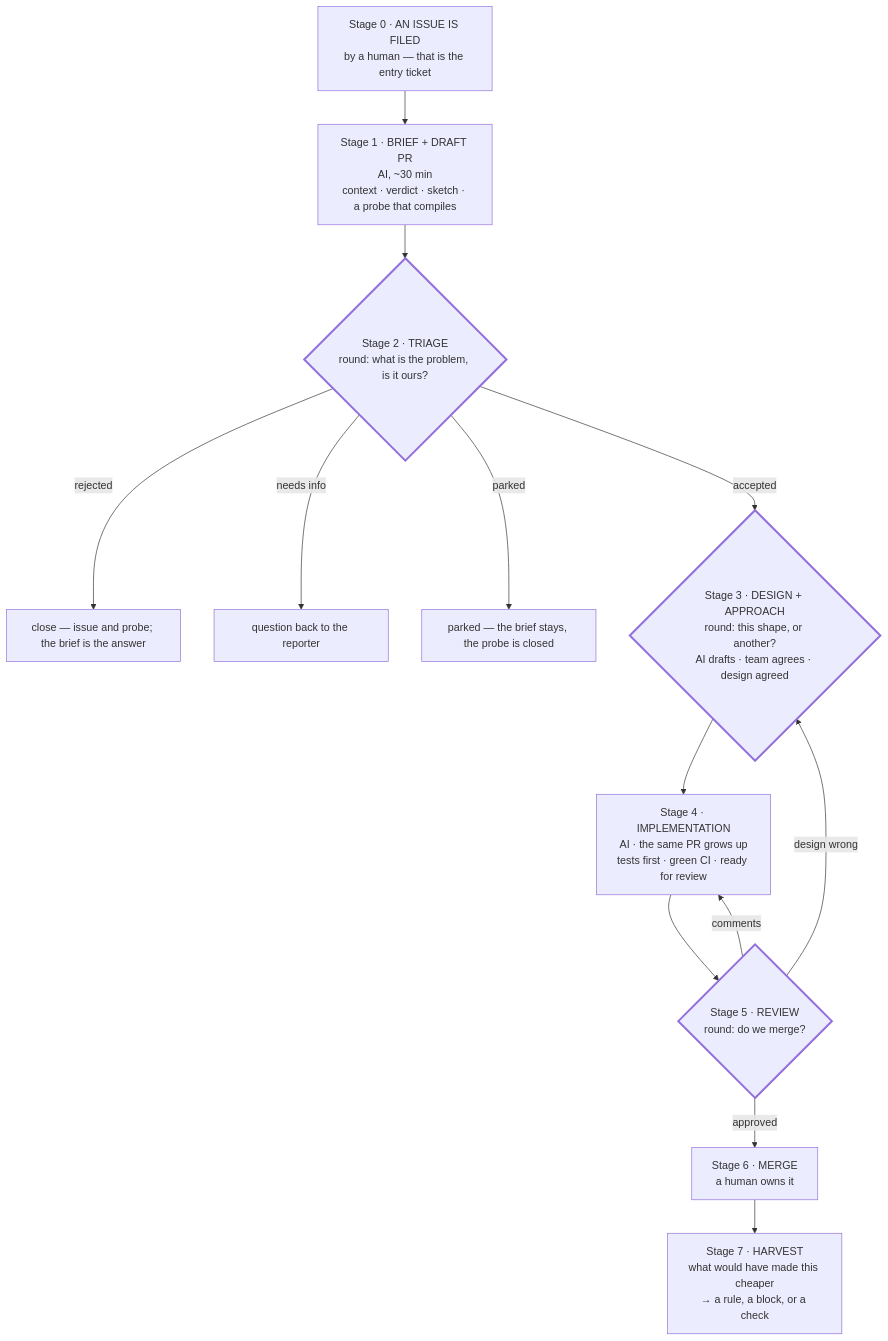
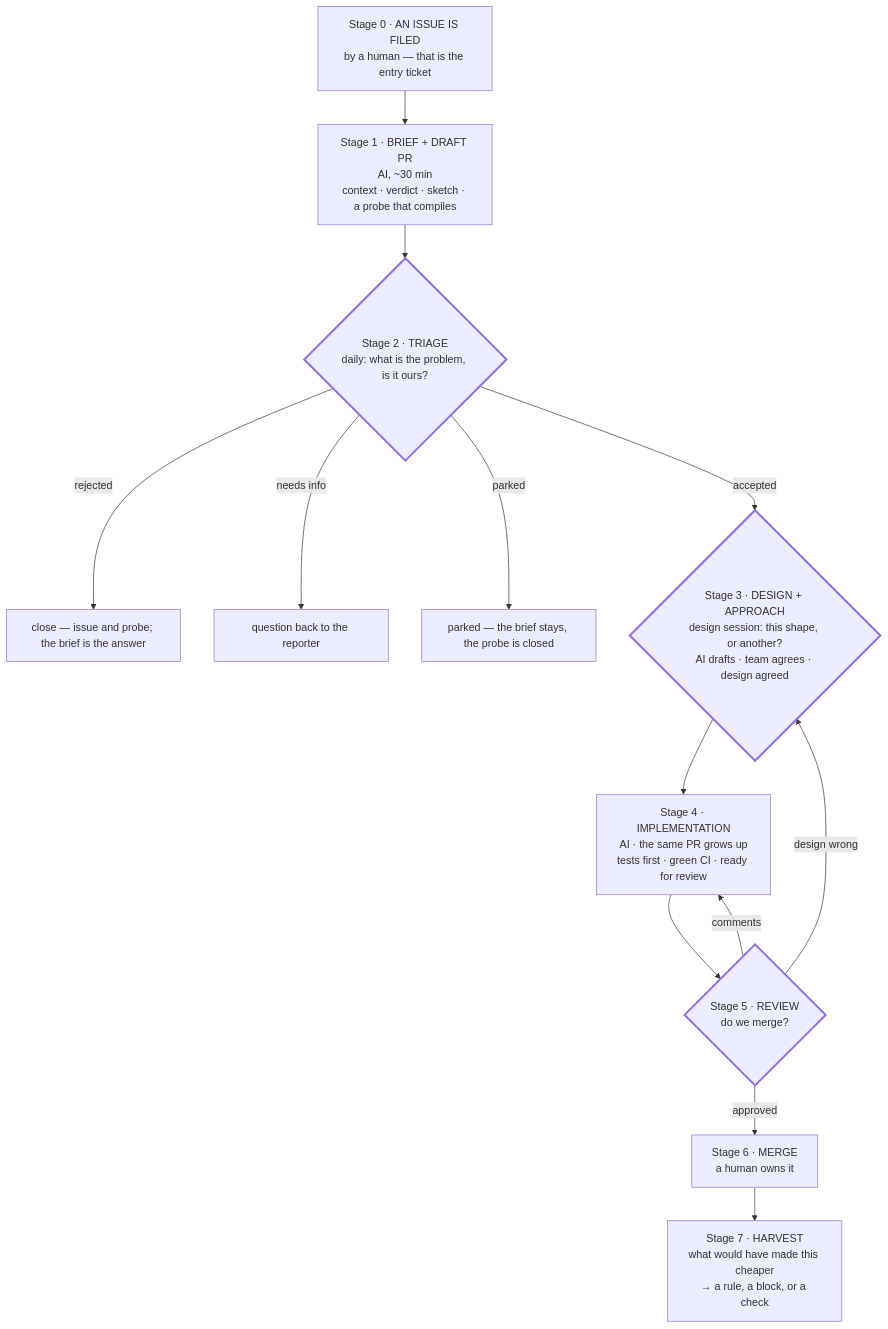
One commit to vaadin/flow changed the diagram in AI_WORKFLOW.md. Above: the diagram before and after it, drawn with Mermaid. The commit also changed other lines of this file, not shown here.

First line of the commit message:
docs: split the workflow meetings into a daily and a design session

````diff
--- a/AI_WORKFLOW.md
+++ b/AI_WORKFLOW.md
@@ -244,26 +267,26 @@
 ```mermaid
 flowchart TD
     S0["Stage 0 · AN ISSUE IS FILED<br/>by a human — that is the entry ticket"]
     S1["Stage 1 · BRIEF + DRAFT PR<br/>AI, ~30 min<br/>context · verdict · sketch · a probe that compiles"]
-    S2{"Stage 2 · TRIAGE<br/>round: what is the problem, is it ours?"}
+    S2{"Stage 2 · TRIAGE<br/>daily: what is the problem, is it ours?"}
     RJ["close — issue and probe; the brief is the answer"]
     NI["question back to the reporter"]
     PK["parked — the brief stays, the probe is closed"]
-    S3{"Stage 3 · DESIGN + APPROACH<br/>round: this shape, or another?<br/>AI drafts · team agrees · design agreed"}
+    S3{"Stage 3 · DESIGN + APPROACH<br/>design session: this shape, or another?<br/>AI drafts · team agrees · design agreed"}
     S4["Stage 4 · IMPLEMENTATION<br/>AI · the same PR grows up<br/>tests first · green CI · ready for review"]
-    S5{"Stage 5 · REVIEW<br/>round: do we merge?"}
+    S5{"Stage 5 · REVIEW<br/>do we merge?"}
     S6["Stage 6 · MERGE<br/>a human owns it"]
     S7["Stage 7 · HARVEST<br/>what would have made this cheaper<br/>→ a rule, a block, or a check"]
 
     S0 --> S1 --> S2
     S2 -- rejected --> RJ
     S2 -- needs info --> NI
     S2 -- parked --> PK
     S2 -- accepted --> S3 --> S4 --> S5
     S5 -- comments --> S4
     S5 -- design wrong --> S3
     S5 -- approved --> S6 --> S7
 
-    classDef round stroke-width:3px;
-    class S2,S3,S5 round;
+    classDef decision stroke-width:3px;
+    class S2,S3,S5 decision;
 ```
````
